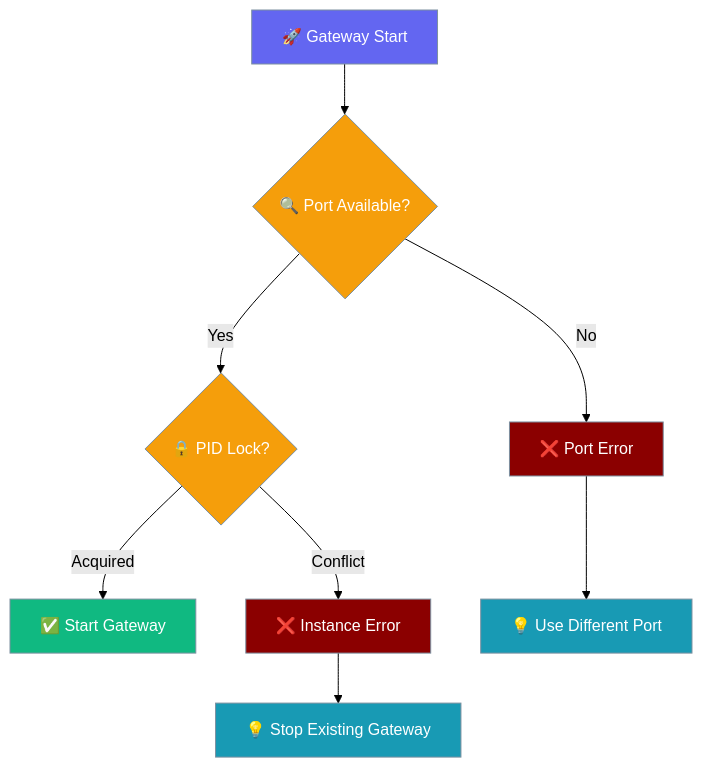
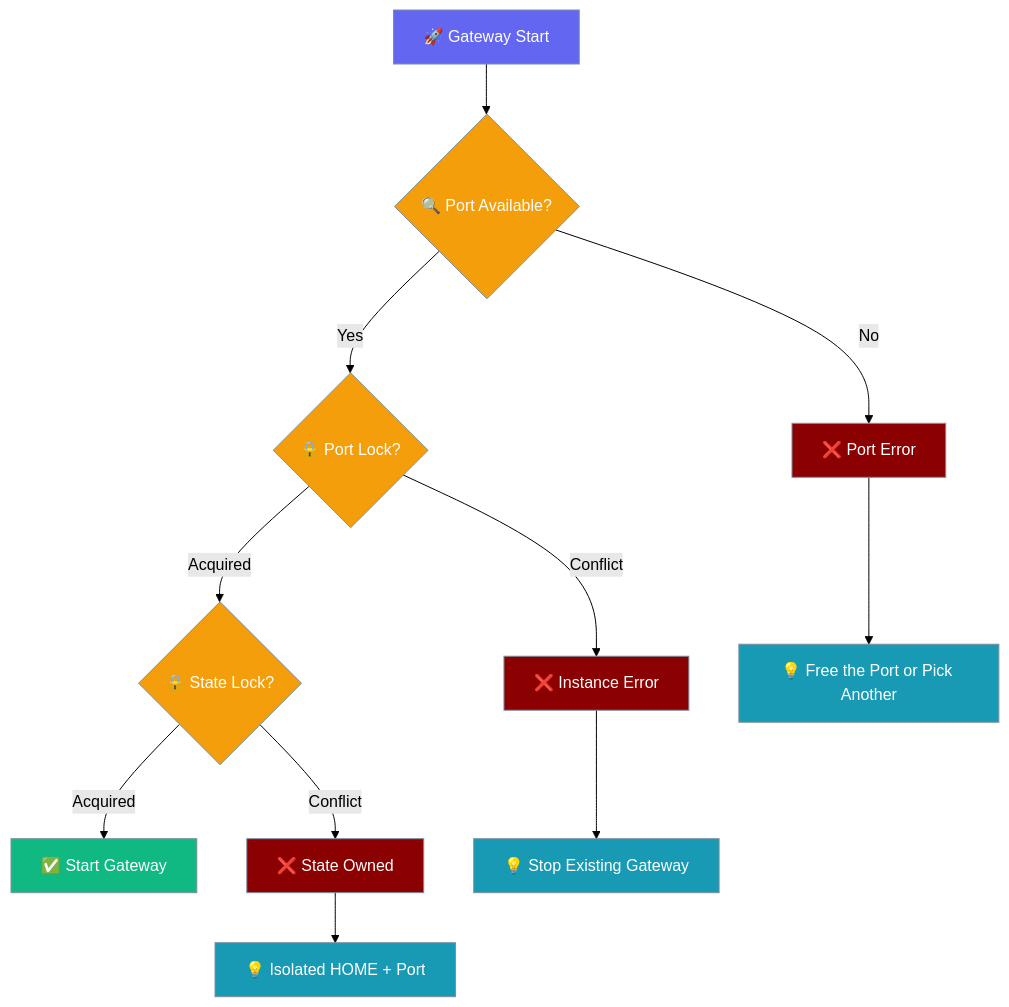
One commit to MervinPraison/PraisonAIDocs changed diagram 12 of 14 in docs/features/gateway-cli.mdx. Above: the diagram before and after it, drawn with Mermaid (forest theme). The commit also changed other lines of this file and 3 other files, not shown here.

Commit message:
fix: document state-scoped gateway single-instance lock (fixes #4898)

````diff
--- a/docs/features/gateway-cli.mdx
+++ b/docs/features/gateway-cli.mdx
@@ -1388,22 +1388,25 @@
 ```mermaid
 graph TB
     Start[🚀 Gateway Start] --> PortCheck{🔍 Port Available?}
-    PortCheck -->|Yes| PIDLock{🔒 PID Lock?}
+    PortCheck -->|Yes| PIDLock{🔒 Port Lock?}
     PortCheck -->|No| Error1[❌ Port Error]
-    PIDLock -->|Acquired| Success[✅ Start Gateway]
+    PIDLock -->|Acquired| StateLock{🔒 State Lock?}
     PIDLock -->|Conflict| Error2[❌ Instance Error]
-    Error1 --> Stop1[💡 Use Different Port]
+    StateLock -->|Acquired| Success[✅ Start Gateway]
+    StateLock -->|Conflict| Error3[❌ State Owned]
+    Error1 --> Stop1[💡 Free the Port or Pick Another]
     Error2 --> Stop2[💡 Stop Existing Gateway]
-    
+    Error3 --> Stop3[💡 Isolated HOME + Port]
+
     classDef start fill:#6366F1,stroke:#7C90A0,color:#fff
     classDef check fill:#F59E0B,stroke:#7C90A0,color:#fff
     classDef success fill:#10B981,stroke:#7C90A0,color:#fff
     classDef error fill:#8B0000,stroke:#7C90A0,color:#fff
     classDef solution fill:#189AB4,stroke:#7C90A0,color:#fff
-    
+
     class Start start
-    class PortCheck,PIDLock check
+    class PortCheck,PIDLock,StateLock check
     class Success success
-    class Error1,Error2 error
-    class Stop1,Stop2 solution
+    class Error1,Error2,Error3 error
+    class Stop1,Stop2,Stop3 solution
 ```
````
